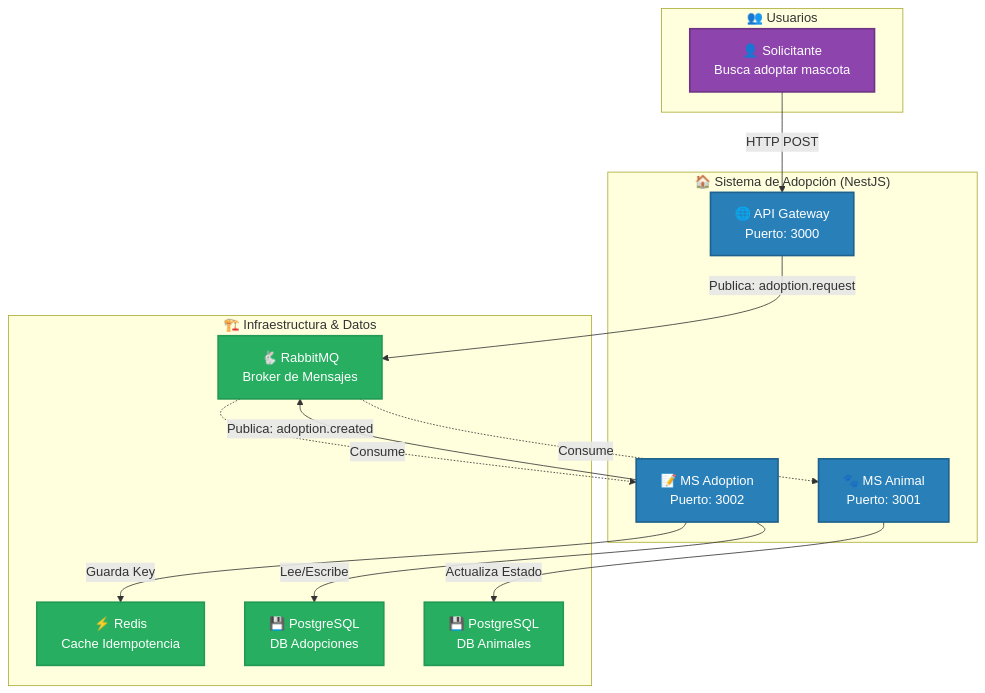
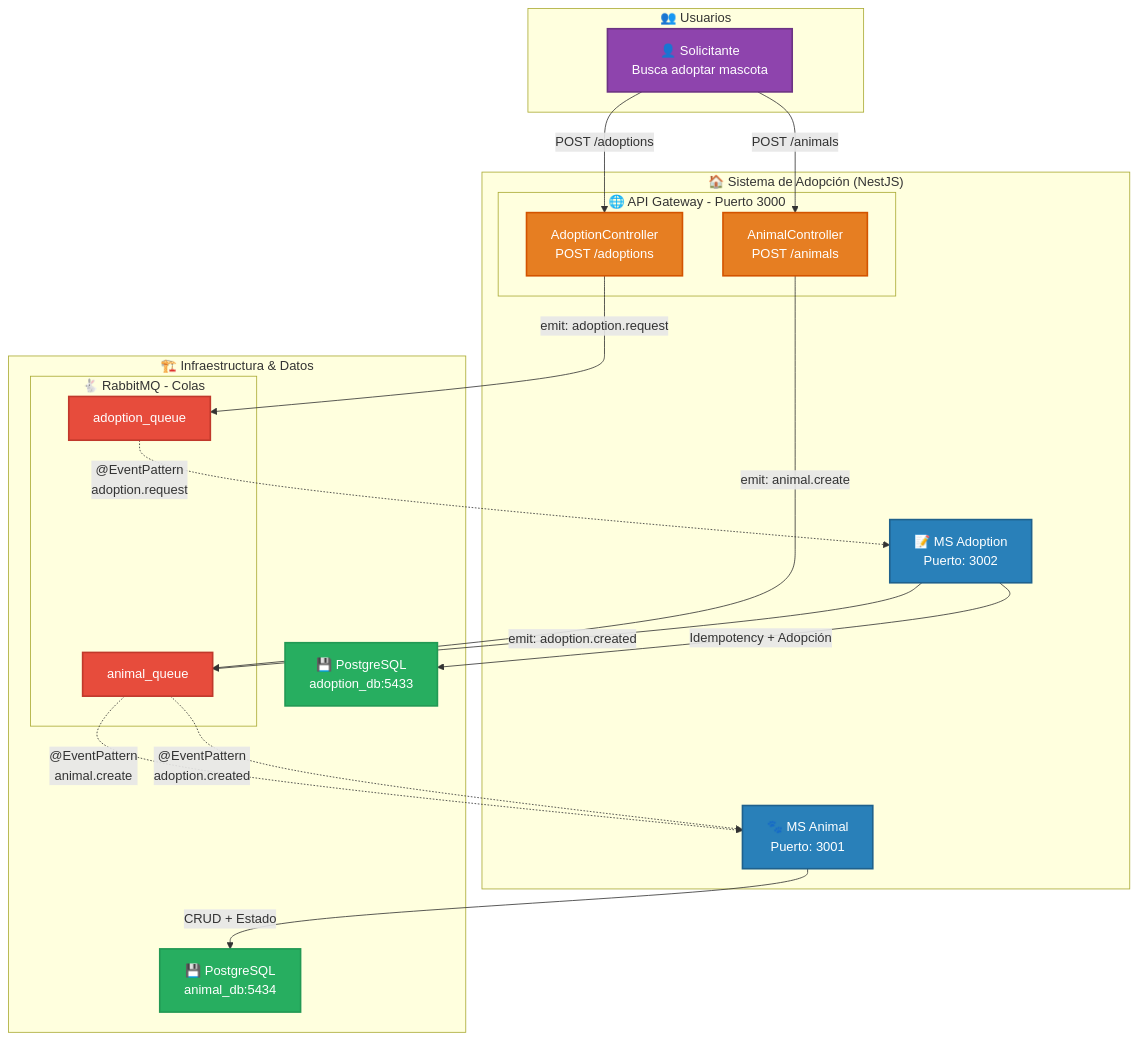
One commit to justinz12xd/practicaweb-resilencia changed the diagram in README.md. Above: the diagram before and after it, drawn with Mermaid. The commit also changed other lines of this file, not shown here.

````diff
--- a/README.md
+++ b/README.md
@@ -5,52 +5,65 @@
 ```mermaid
 graph TD
     %% --- GRUPO 1: USUARIOS ---
     subgraph USERS ["👥 Usuarios"]
         U1["👤 Solicitante<br/>Busca adoptar mascota"]
     end
 
     %% --- GRUPO 2: SISTEMA INTERNO (Microservicios) ---
     subgraph SYSTEM ["🏠 Sistema de Adopción (NestJS)"]
-        GW["🌐 API Gateway<br/>Puerto: 3000"]
+        subgraph GW_GROUP ["🌐 API Gateway - Puerto 3000"]
+            GW_ANIMAL["AnimalController<br/>POST /animals"]
+            GW_ADOPT["AdoptionController<br/>POST /adoptions"]
+        end
         MS_ADOP["📝 MS Adoption<br/>Puerto: 3002"]
         MS_ANI["🐾 MS Animal<br/>Puerto: 3001"]
     end
 
     %% --- GRUPO 3: INFRAESTRUCTURA EXTERNA ---
     subgraph INFRA ["🏗️ Infraestructura & Datos"]
-        RABBIT["🐇 RabbitMQ<br/>Broker de Mensajes"]
-        REDIS["⚡ Redis<br/>Cache Idempotencia"]
-        DB_ADOP["💾 PostgreSQL<br/>DB Adopciones"]
-        DB_ANI["💾 PostgreSQL<br/>DB Animales"]
+        subgraph QUEUES ["🐇 RabbitMQ - Colas"]
+            Q_ANIMAL["animal_queue"]
+            Q_ADOPT["adoption_queue"]
+        end
+        DB_ADOP["💾 PostgreSQL<br/>adoption_db:5433"]
+        DB_ANI["💾 PostgreSQL<br/>animal_db:5434"]
     end
 
     %% --- RELACIONES ---
     
     %% Flujo del Usuario
-    U1 -- "HTTP POST" --> GW
+    U1 -- "POST /animals" --> GW_ANIMAL
+    U1 -- "POST /adoptions" --> GW_ADOPT
 
-    %% Flujo del Gateway a la Cola
-    GW -- "Publica: adoption.request" --> RABBIT
+    %% Gateway publica a colas
+    GW_ANIMAL -- "emit: animal.create" --> Q_ANIMAL
+    GW_ADOPT -- "emit: adoption.request" --> Q_ADOPT
 
-    %% Consumo de Mensajes (Async)
-    RABBIT -.->|Consume| MS_ADOP
-    RABBIT -.->|Consume| MS_ANI
+    %% MS Animal consume de animal_queue
+    Q_ANIMAL -.->|"@EventPattern<br/>animal.create"| MS_ANI
+    Q_ANIMAL -.->|"@EventPattern<br/>adoption.created"| MS_ANI
 
-    %% Persistencia MS Adoption
-    MS_ADOP -->|Lee/Escribe| DB_ADOP
-    MS_ADOP -->|Guarda Key| REDIS
-    MS_ADOP -- "Publica: adoption.created" --> RABBIT
+    %% MS Adoption consume de adoption_queue
+    Q_ADOPT -.->|"@EventPattern<br/>adoption.request"| MS_ADOP
 
-    %% Persistencia MS Animal
-    MS_ANI -->|Actualiza Estado| DB_ANI
+    %% MS Adoption publica a animal_queue
+    MS_ADOP -- "emit: adoption.created" --> Q_ANIMAL
+
+    %% Persistencia
+    MS_ADOP -->|"Idempotency + Adopción"| DB_ADOP
+    MS_ANI -->|"CRUD + Estado"| DB_ANI
 
     %% --- ESTILOS ---
     classDef userStyle fill:#8e44ad,stroke:#6c3483,stroke-width:2px,color:#fff
+    classDef gatewayStyle fill:#e67e22,stroke:#d35400,stroke-width:2px,color:#fff
     classDef systemStyle fill:#2980b9,stroke:#1f618d,stroke-width:2px,color:#fff
-    classDef infraStyle fill:#27ae60,stroke:#229954,stroke-width:2px,color:#fff
+    classDef queueStyle fill:#e74c3c,stroke:#c0392b,stroke-width:2px,color:#fff
+    classDef dbStyle fill:#27ae60,stroke:#229954,stroke-width:2px,color:#fff
 
     %% Asignación de estilos
     class U1 userStyle
-    class GW,MS_ADOP,MS_ANI systemStyle
-    class RABBIT,REDIS,DB_ADOP,DB_ANI infraStyle
+    class GW_ANIMAL,GW_ADOPT gatewayStyle
+    class MS_ADOP,MS_ANI systemStyle
+    class Q_ANIMAL,Q_ADOPT queueStyle
+    class DB_ADOP,DB_ANI dbStyle
 ```
````
